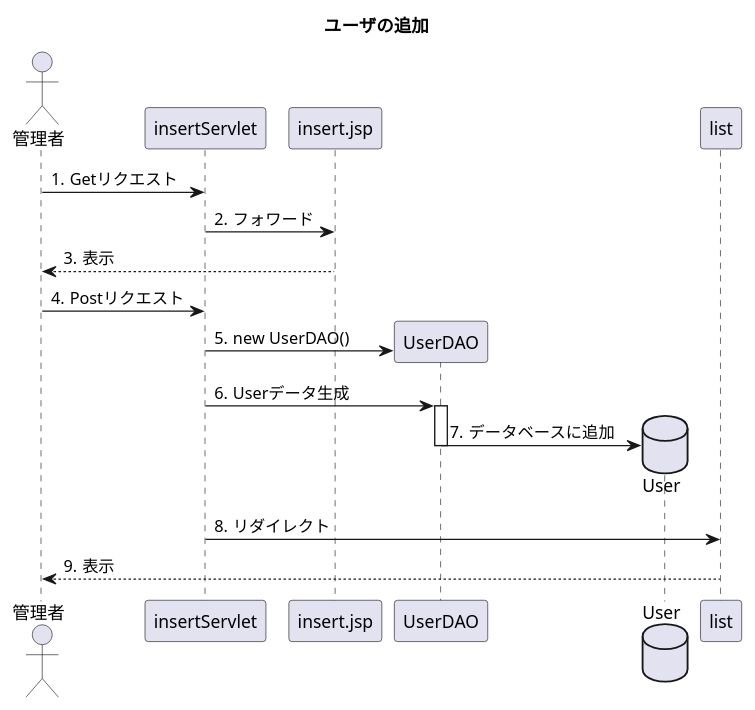
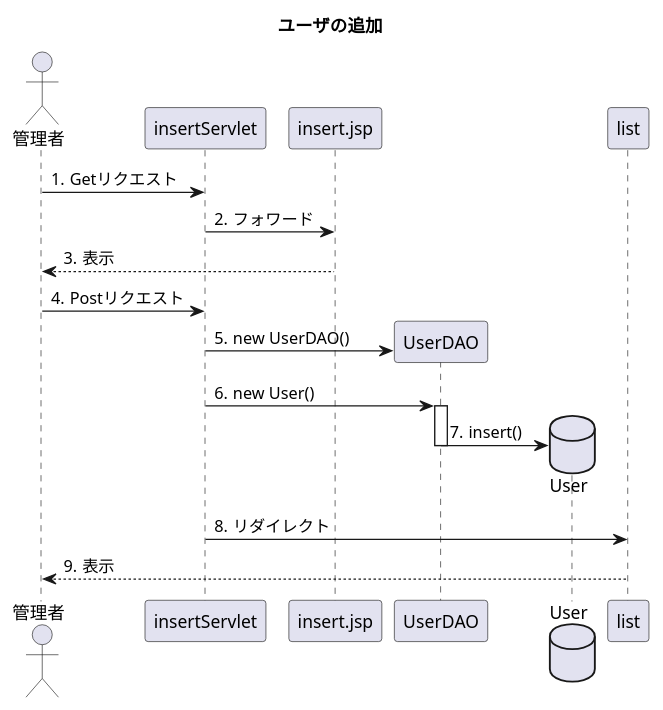
Before and after one commit to toufu66/ProjectC: the diagram in uml_detail/seq_insert.pu, drawn with PlantUML.

Commit message:
詳細シーケンス 追加

```diff
--- a/uml_detail/seq_insert.pu
+++ b/uml_detail/seq_insert.pu
@@ -1,24 +1,24 @@
 @startuml
 title ユーザの追加
 
 autonumber "#."
 
 actor 管理者
 participant insertServlet
 participant insert.jsp
 participant UserDAO
 database User
 
 
 管理者 -> insertServlet:Getリクエスト
 insertServlet -> insert.jsp:フォワード
 insert.jsp --> 管理者:表示
 管理者 -> insertServlet:Postリクエスト
 insertServlet -> UserDAO**:new UserDAO()
-insertServlet -> UserDAO++:Userデータ生成
-UserDAO -> User**:データベースに追加
+insertServlet -> UserDAO++:new User()
+UserDAO -> User**:insert()
 UserDAO--
 insertServlet -> list:リダイレクト
 list --> 管理者:表示
 
 @enduml
```
